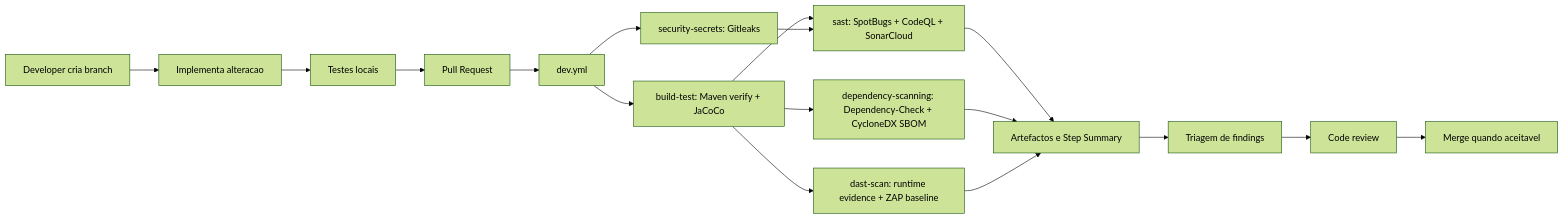
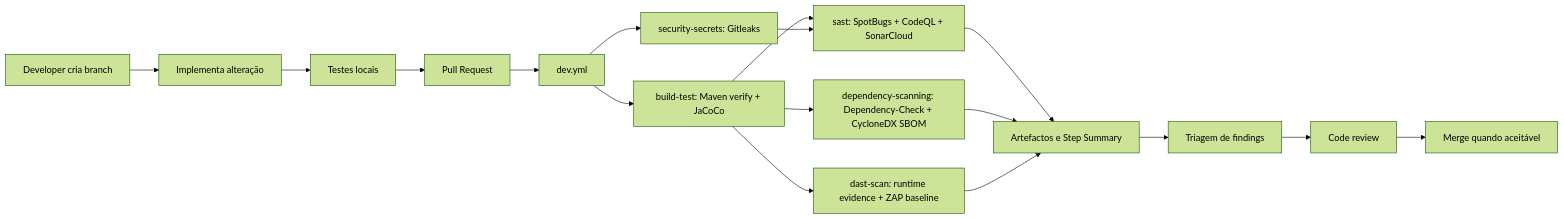
One commit to mei-desofs/desofs2026-wed_pbs_1 changed the second of 2 diagrams in Deliverables/Phase 2/Sprint 2/DEVSECOPS_PIPELINE.md. Above: the diagram before and after it, drawn with Mermaid (forest theme). The commit also changed other lines of this file and 7 other files, not shown here.

````diff
--- a/Deliverables/Phase 2/Sprint 2/DEVSECOPS_PIPELINE.md
+++ b/Deliverables/Phase 2/Sprint 2/DEVSECOPS_PIPELINE.md
@@ -129,19 +92,19 @@
 ```mermaid
 flowchart LR
-    A["Developer cria branch"] --> B["Implementa alteracao"]
+    A["Developer cria branch"] --> B["Implementa alteração"]
     B --> C["Testes locais"]
     C --> D["Pull Request"]
     D --> E["dev.yml"]
     E --> F["build-test: Maven verify + JaCoCo"]
     E --> G["security-secrets: Gitleaks"]
     F --> H["sast: SpotBugs + CodeQL + SonarCloud"]
     G --> H
     F --> I["dependency-scanning: Dependency-Check + CycloneDX SBOM"]
     F --> J["dast-scan: runtime evidence + ZAP baseline"]
     H --> K["Artefactos e Step Summary"]
     I --> K
     J --> K
     K --> L["Triagem de findings"]
     L --> M["Code review"]
-    M --> N["Merge quando aceitavel"]
+    M --> N["Merge quando aceitável"]
 ```
````
